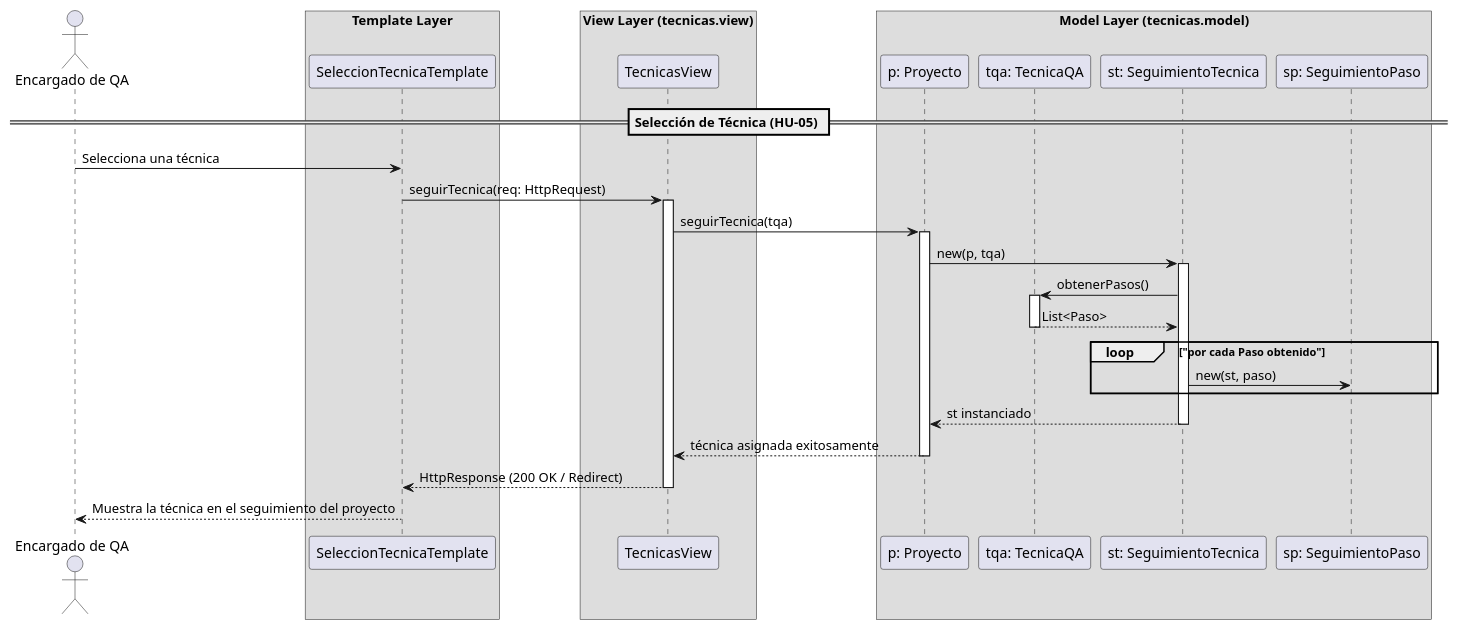
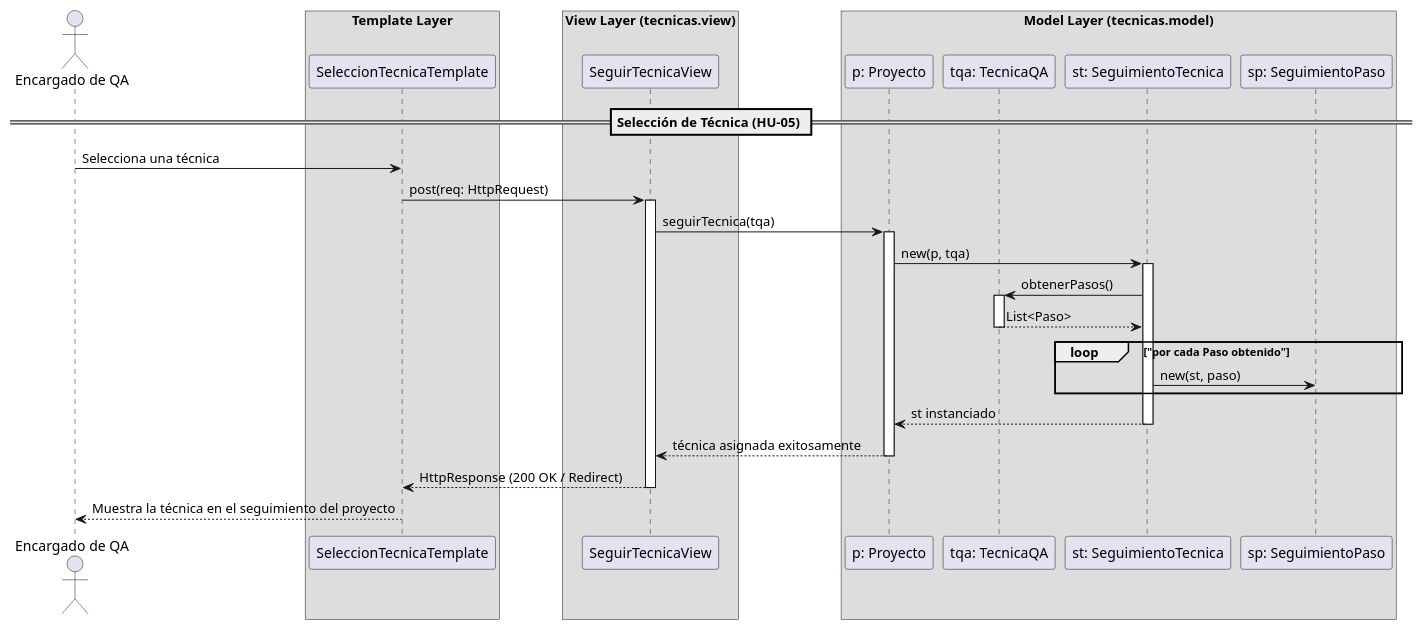
Before and after one commit to Josgtg/QA-Admin: the diagram in diagrams/hu5_secuencia.puml, drawn with PlantUML. The commit also changed 1 other file, not shown here.

Commit message:
Diagramas de hu5 actualizados

```diff
--- a/diagrams/hu5_secuencia.puml
+++ b/diagrams/hu5_secuencia.puml
@@ -1,54 +1,54 @@
 @startuml
 skinparam shadowing false
 skinparam responseMessageBelowArrow true
 
 actor "Encargado de QA" as Encargado
 
 box "Template Layer"
 participant "SeleccionTecnicaTemplate" as UI
 end box
 
 box "View Layer (tecnicas.view)"
-participant "TecnicasView" as View
+participant "SeguirTecnicaView" as View
 end box
 
 box "Model Layer (tecnicas.model)"
 participant "p: Proyecto" as Proyecto
 participant "tqa: TecnicaQA" as Tecnica
 participant "st: SeguimientoTecnica" as SegTecnica
 participant "sp: SeguimientoPaso" as SegPaso
 end box
 
 == Selección de Técnica (HU-05) ==
 
 Encargado -> UI: Selecciona una técnica
-UI -> View: seguirTecnica(req: HttpRequest)
+UI -> View: post(req: HttpRequest)
 activate View
 
 View -> Proyecto: seguirTecnica(tqa)
 activate Proyecto
 
 Proyecto -> SegTecnica: new(p, tqa)
 activate SegTecnica
 
 SegTecnica -> Tecnica: obtenerPasos()
 activate Tecnica
 Tecnica --> SegTecnica: List<Paso>
 deactivate Tecnica
 
 loop "por cada Paso obtenido"
     SegTecnica -> SegPaso: new(st, paso)
 end
 
 SegTecnica --> Proyecto: st instanciado
 deactivate SegTecnica
 
 Proyecto --> View: técnica asignada exitosamente
 deactivate Proyecto
 
 View --> UI: HttpResponse (200 OK / Redirect)
 deactivate View
 
 UI --> Encargado: Muestra la técnica en el seguimiento del proyecto
 
 @enduml
```
